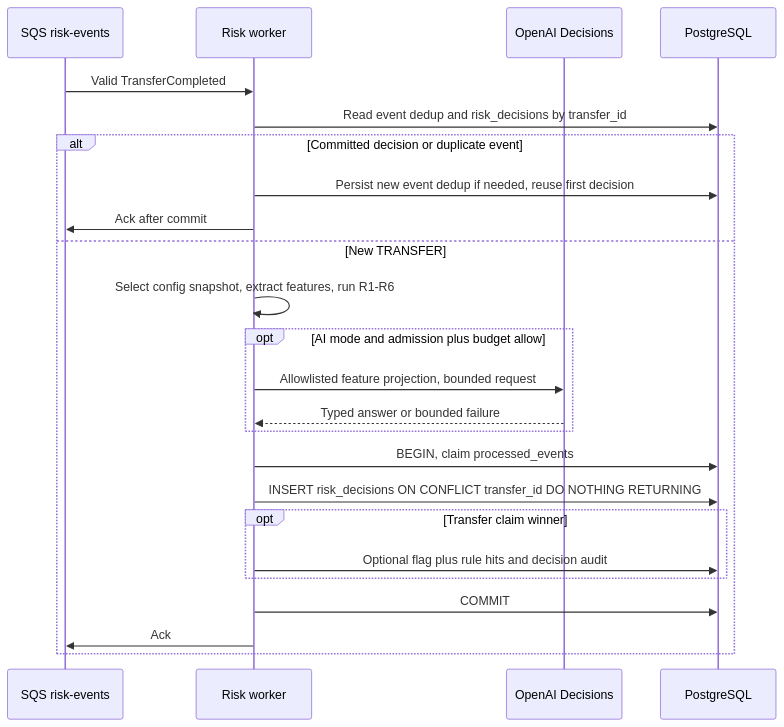
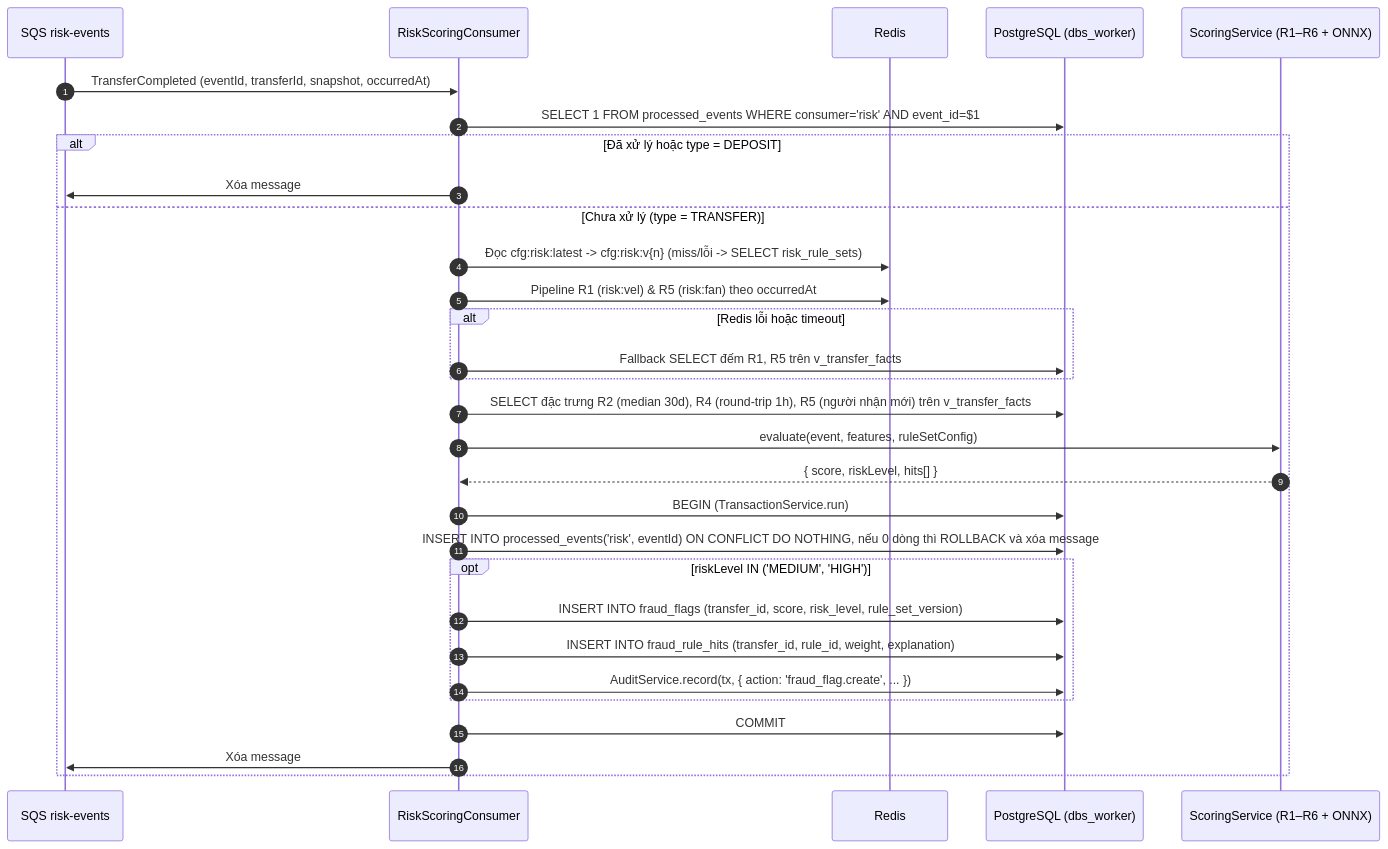
One commit to Lawliet119/digital-banking-simulator changed the diagram in docs/components/risk/02-architecture.md. Above: the diagram before and after it, drawn with Mermaid. The commit also changed other lines of this file and 7 other files, not shown here.

````diff
--- a/docs/components/risk/02-architecture.md
+++ b/docs/components/risk/02-architecture.md
@@ -87,26 +96,33 @@
 ```mermaid
 sequenceDiagram
+    autonumber
     participant Q as SQS risk-events
-    participant W as Risk worker
-    participant P as OpenAI Decisions
-    participant DB as PostgreSQL
-    Q->>W: Valid TransferCompleted
-    W->>DB: Read event dedup and risk_decisions by transfer_id
-    alt Committed decision or duplicate event
-        W->>DB: Persist new event dedup if needed, reuse first decision
-        W->>Q: Ack after commit
-    else New TRANSFER
-        W->>W: Select config snapshot, extract features, run R1-R6
-        opt AI mode and admission plus budget allow
-            W->>P: Allowlisted feature projection, bounded request
-            P-->>W: Typed answer or bounded failure
+    participant W as RiskScoringConsumer
+    participant R as Redis
+    participant DB as PostgreSQL (dbs_worker)
+    participant S as ScoringService (R1–R6 + ONNX)
+
+    Q->>W: TransferCompleted (eventId, transferId, snapshot, occurredAt)
+    W->>DB: SELECT 1 FROM processed_events WHERE consumer='risk' AND event_id=$1
+    alt Đã xử lý hoặc type = DEPOSIT
+        W->>Q: Xóa message
+    else Chưa xử lý (type = TRANSFER)
+        W->>R: Đọc cfg:risk:latest -> cfg:risk:v{n} (miss/lỗi -> SELECT risk_rule_sets)
+        W->>R: Pipeline R1 (risk:vel) & R5 (risk:fan) theo occurredAt
+        alt Redis lỗi hoặc timeout
+            W->>DB: Fallback SELECT đếm R1, R5 trên v_transfer_facts
         end
-        W->>DB: BEGIN, claim processed_events
-        W->>DB: INSERT risk_decisions ON CONFLICT transfer_id DO NOTHING RETURNING
-        opt Transfer claim winner
-            W->>DB: Optional flag plus rule hits and decision audit
+        W->>DB: SELECT đặc trưng R2 (median 30d), R4 (round-trip 1h), R5 (người nhận mới) trên v_transfer_facts
+        W->>S: evaluate(event, features, ruleSetConfig)
+        S-->>W: { score, riskLevel, hits[] }
+        W->>DB: BEGIN (TransactionService.run)
+        W->>DB: INSERT INTO processed_events('risk', eventId) ON CONFLICT DO NOTHING, nếu 0 dòng thì ROLLBACK và xóa message
+        opt riskLevel IN ('MEDIUM', 'HIGH')
+            W->>DB: INSERT INTO fraud_flags (transfer_id, score, risk_level, rule_set_version)
+            W->>DB: INSERT INTO fraud_rule_hits (transfer_id, rule_id, weight, explanation)
+            W->>DB: AuditService.record(tx, { action: 'fraud_flag.create', ... })
         end
         W->>DB: COMMIT
-        W->>Q: Ack
+        W->>Q: Xóa message
     end
 ```
````
